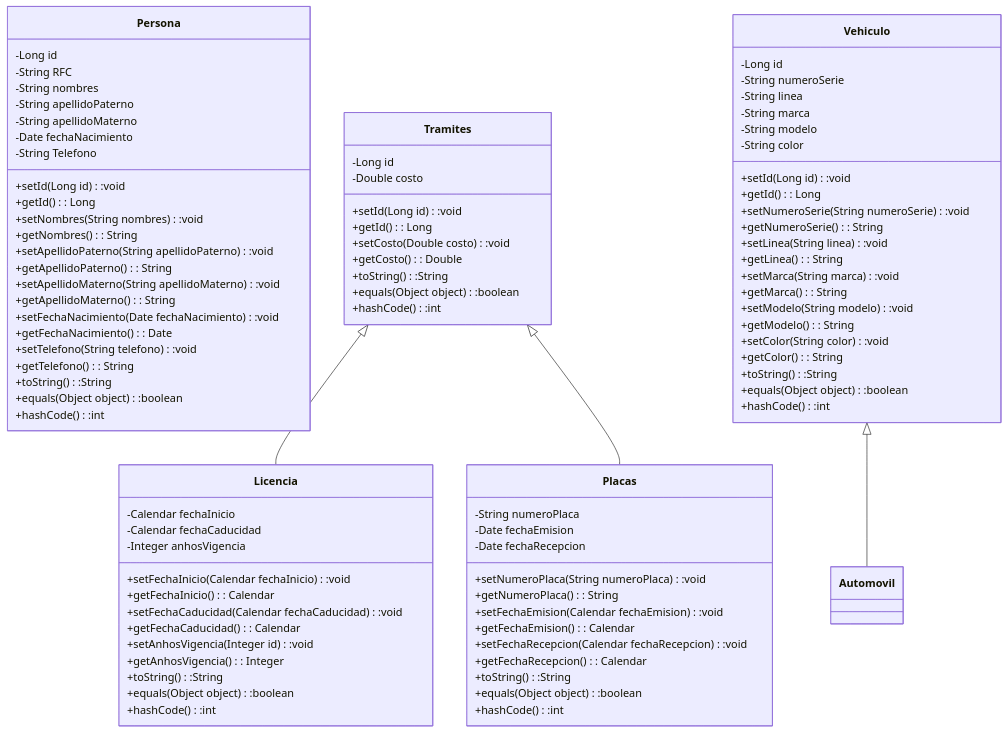
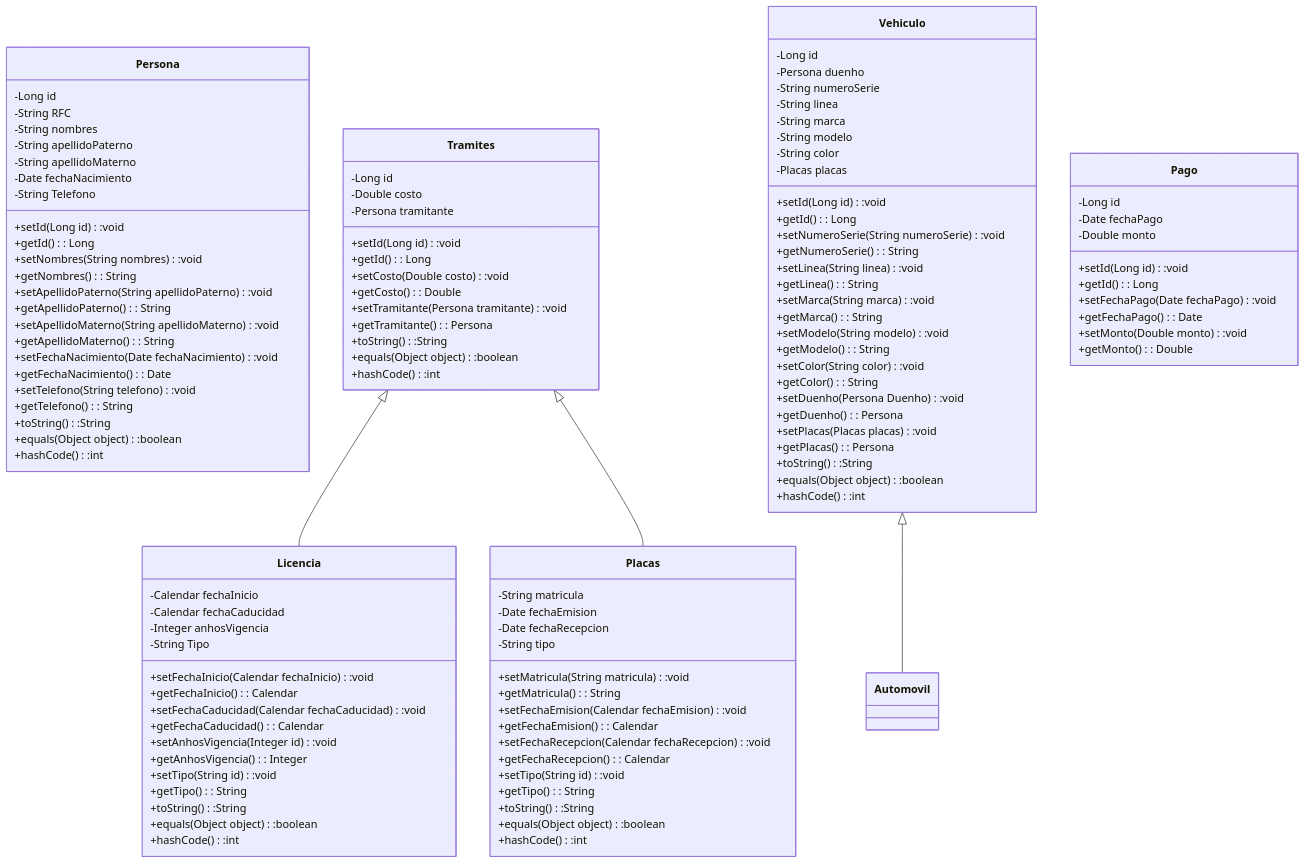
The diagram in 02_Design/DiagramasClase/DiagramaDominio.md (SilverFlin/AgenciaTransito-ADB), drawn with Mermaid before and after one commit.

Commit message:
docs: actualizar Diagrama Dominio

```diff
--- a/02_Design/DiagramasClase/DiagramaDominio.md
+++ b/02_Design/DiagramasClase/DiagramaDominio.md
@@ -34,11 +34,14 @@
 class Tramites{
     -Long id
     -Double costo
+    -Persona tramitante
 
     +setId(Long id):void
     +getId(): Long
     +setCosto(Double costo):void
     +getCosto(): Double
+    +setTramitante(Persona tramitante):void
+    +getTramitante(): Persona
 
     +toString():String
     +equals(Object object):boolean
@@ -49,6 +52,7 @@
     -Calendar fechaInicio
     -Calendar fechaCaducidad
     -Integer anhosVigencia
+    -String Tipo
 
     +setFechaInicio(Calendar fechaInicio):void
     +getFechaInicio(): Calendar
@@ -56,6 +60,8 @@
     +getFechaCaducidad(): Calendar
     +setAnhosVigencia(Integer id):void
     +getAnhosVigencia(): Integer
+    +setTipo(String id):void
+    +getTipo(): String
 
     +toString():String
     +equals(Object object):boolean
@@ -63,16 +69,19 @@
 }
 
 class Placas{
-    -String numeroPlaca
+    -String matricula
     -Date fechaEmision
     -Date fechaRecepcion
+    -String tipo
 
-    +setNumeroPlaca(String numeroPlaca):void
-    +getNumeroPlaca(): String
+    +setMatricula(String matricula):void
+    +getMatricula(): String
     +setFechaEmision(Calendar fechaEmision):void
     +getFechaEmision(): Calendar
     +setFechaRecepcion(Calendar fechaRecepcion):void
     +getFechaRecepcion(): Calendar
+    +setTipo(String id):void
+    +getTipo(): String
 
     +toString():String
     +equals(Object object):boolean
@@ -81,11 +90,13 @@
 
 class Vehiculo{
     -Long id
+    -Persona duenho
     -String numeroSerie
     -String linea
     -String marca
     -String modelo
     -String color
+    -Placas placas
 
     +setId(Long id):void
     +getId(): Long
@@ -99,6 +110,10 @@
     +getModelo(): String
     +setColor(String color):void
     +getColor(): String
+    +setDuenho(Persona Duenho):void
+    +getDuenho(): Persona
+    +setPlacas(Placas placas):void
+    +getPlacas(): Persona
 
     +toString():String
     +equals(Object object):boolean
@@ -106,6 +121,20 @@
 }
 
 class Automovil
+
+class Pago{
+    -Long id
+    -Date fechaPago
+    -Double monto
+
+    +setId(Long id):void
+    +getId(): Long
+    +setFechaPago(Date fechaPago):void
+    +getFechaPago(): Date
+    +setMonto(Double monto):void
+    +getMonto(): Double
+    
+}
 
 %% Relaciones
 Vehiculo <|-- Automovil
```
